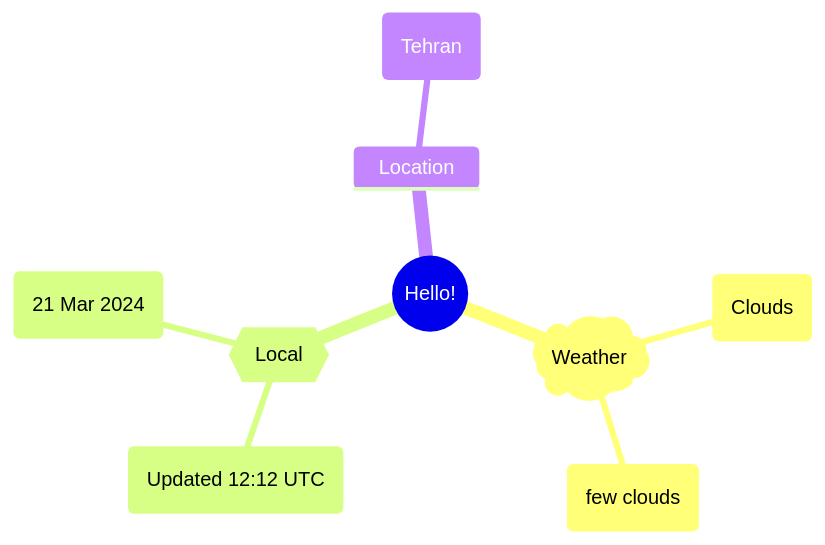
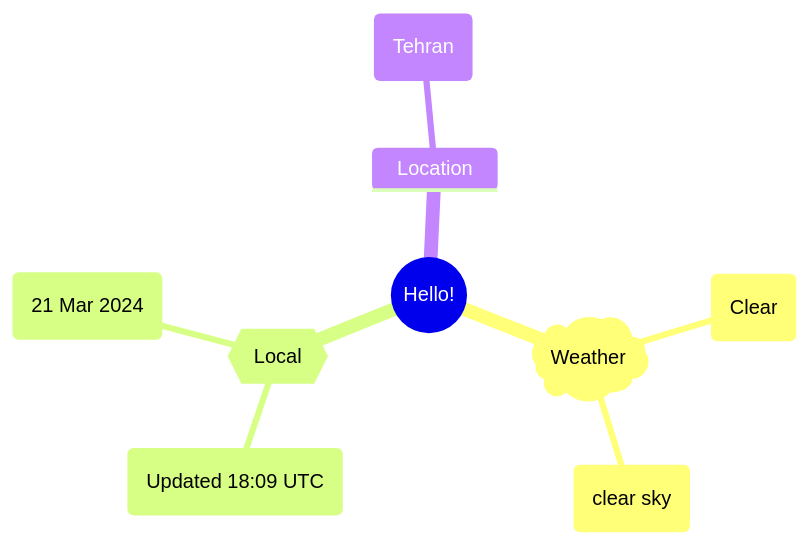
The first of 2 diagrams in README.md (Xosrov/Xosrov), drawn with Mermaid before and after one commit.

Commit message:
[bot] updated images

````diff
--- a/README.md
+++ b/README.md
@@ -3,12 +3,12 @@
 ```mermaid
 mindmap
   root((Hello!))
     )Weather(
-        (Clouds)
-        (few clouds)
+        (Clear)
+        (clear sky)
     {{Local}}
-        (Updated 12:12 UTC)
+        (Updated 18:09 UTC)
         (21 Mar 2024)
     Location
         (Tehran)
 ```
````
